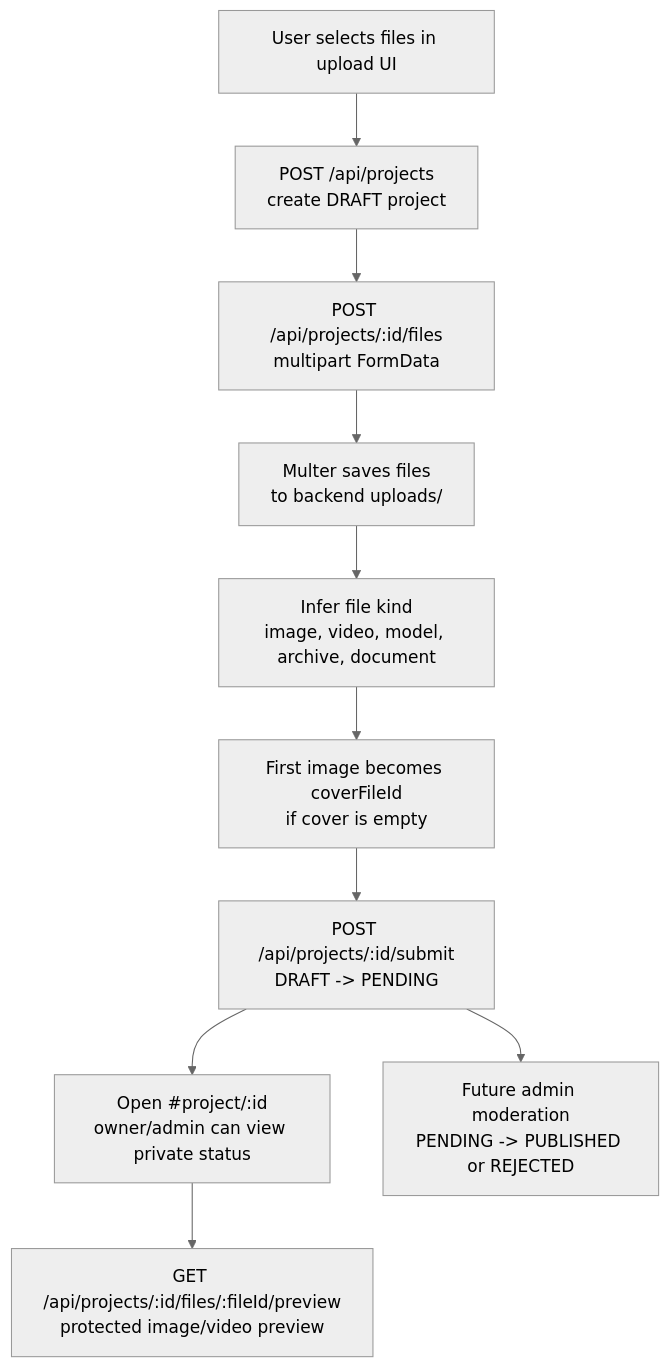
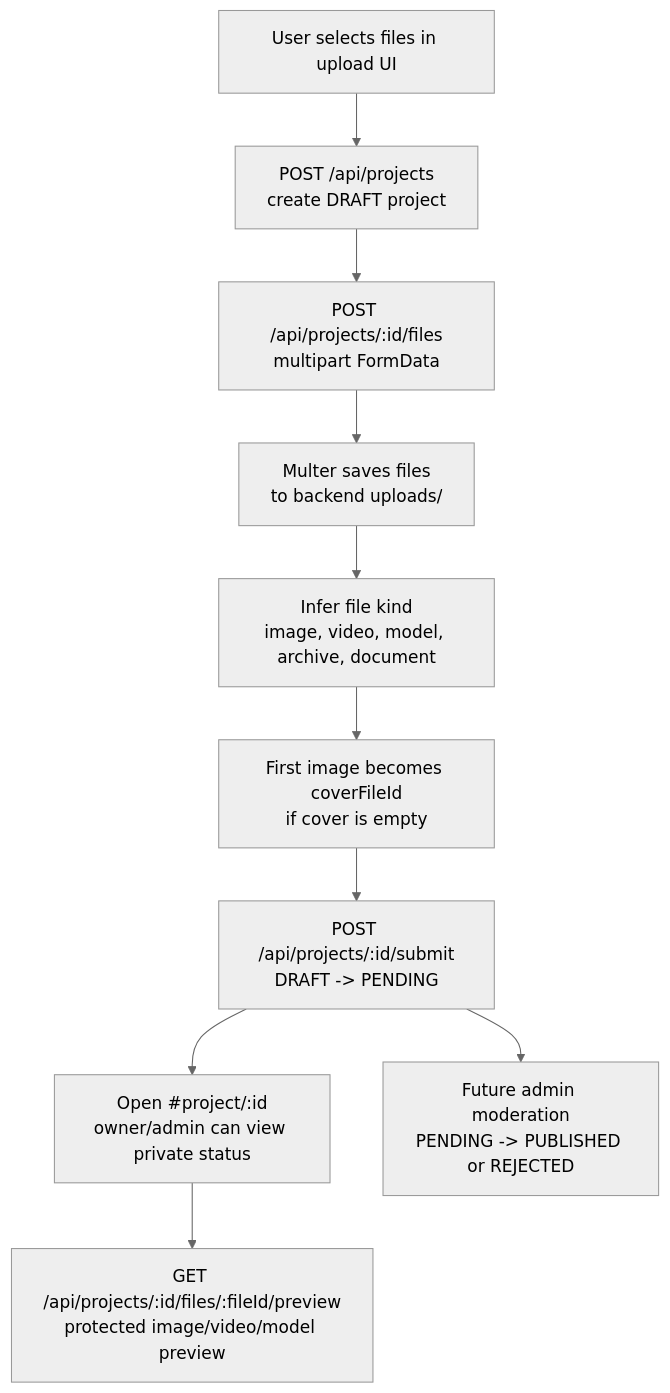
The fourth of 9 diagrams in README.md (bordermull/creator-platform), drawn with Mermaid (neutral theme) before and after one commit. The commit also changed other lines of this file and 4 other files, not shown here.

````diff
--- a/README.md
+++ b/README.md
@@ -531,23 +536,23 @@
 ```mermaid
 flowchart TD
   pick["User selects files in upload UI"]
   create["POST /api/projects<br/>create DRAFT project"]
   upload["POST /api/projects/:id/files<br/>multipart FormData"]
   multer["Multer saves files<br/>to backend uploads/"]
   classify["Infer file kind<br/>image, video, model, archive, document"]
   cover["First image becomes coverFileId<br/>if cover is empty"]
   submit["POST /api/projects/:id/submit<br/>DRAFT -> PENDING"]
   detail["Open #project/:id<br/>owner/admin can view private status"]
-  preview["GET /api/projects/:id/files/:fileId/preview<br/>protected image/video preview"]
+  preview["GET /api/projects/:id/files/:fileId/preview<br/>protected image/video/model preview"]
   moderation["Future admin moderation<br/>PENDING -> PUBLISHED or REJECTED"]
 
   pick --> create
   create --> upload
   upload --> multer
   multer --> classify
   classify --> cover
   cover --> submit
   submit --> detail
   detail --> preview
   submit --> moderation
 ```
````
